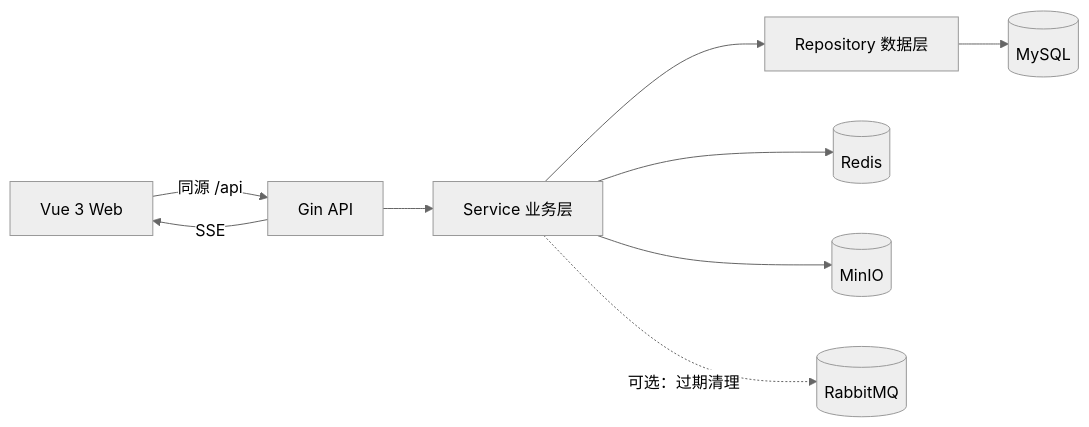
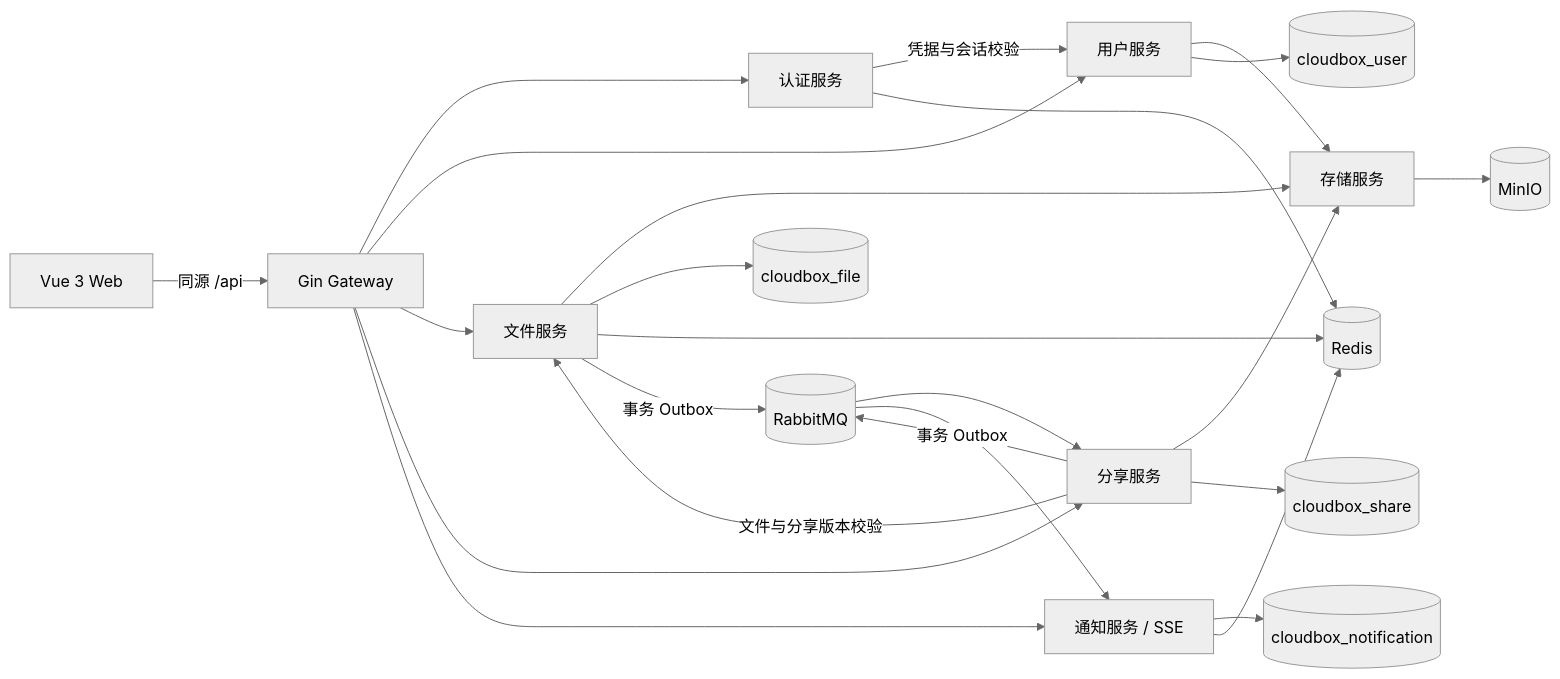
The diagram in README.md (xg-debug/go-cloud-storage), drawn with Mermaid (neutral theme) before and after one commit. The commit also changed other lines of this file, not shown here.

Commit message:
docs: align README with merged microservices architecture

````diff
--- a/README.md
+++ b/README.md
@@ -66,11 +65,26 @@
 ```mermaid
 flowchart LR
-    Web["Vue 3 Web"] -->|"同源 /api"| API["Gin API"]
-    API --> Service["Service 业务层"]
-    Service --> Repo["Repository 数据层"]
-    Repo --> MySQL[("MySQL")]
-    Service --> Redis[("Redis")]
-    Service --> MinIO[("MinIO")]
-    Service -. "可选：过期清理" .-> RabbitMQ[("RabbitMQ")]
-    API -->|"SSE"| Web
+    Web["Vue 3 Web"] -->|"同源 /api"| Gateway["Gin Gateway"]
+    Gateway --> Auth["认证服务"]
+    Gateway --> User["用户服务"]
+    Gateway --> File["文件服务"]
+    Gateway --> Share["分享服务"]
+    Gateway --> Notify["通知服务 / SSE"]
+    Auth -->|"凭据与会话校验"| User
+    Share -->|"文件与分享版本校验"| File
+    User --> Storage["存储服务"]
+    File --> Storage
+    Share --> Storage
+    Storage --> MinIO[("MinIO")]
+    User --> UserDB[("cloudbox_user")]
+    File --> FileDB[("cloudbox_file")]
+    Share --> ShareDB[("cloudbox_share")]
+    Notify --> NotifyDB[("cloudbox_notification")]
+    Auth --> Redis[("Redis")]
+    File --> Redis
+    Notify --> Redis
+    File -->|"事务 Outbox"| MQ[("RabbitMQ")]
+    Share -->|"事务 Outbox"| MQ
+    MQ --> Share
+    MQ --> Notify
 ```
````
